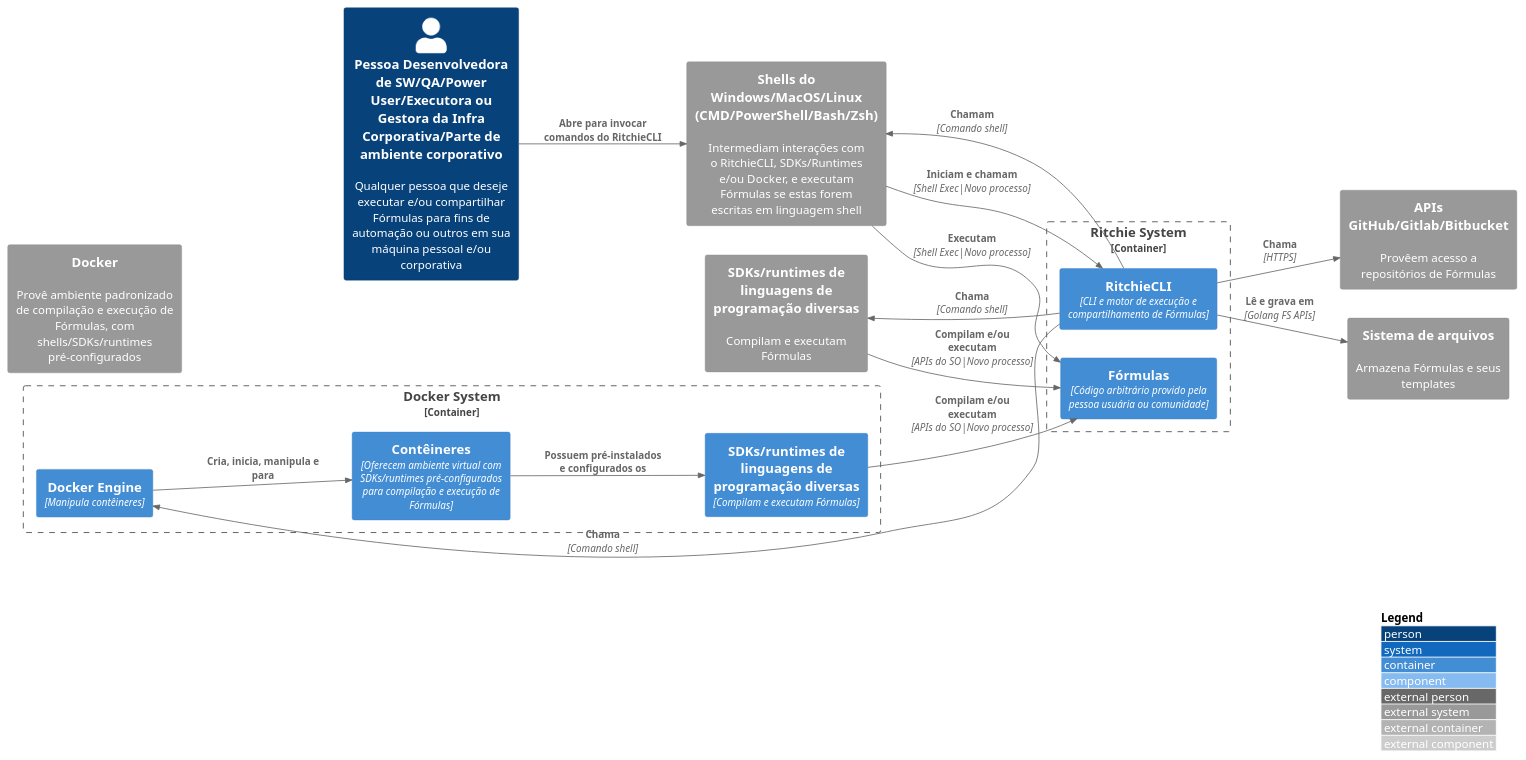
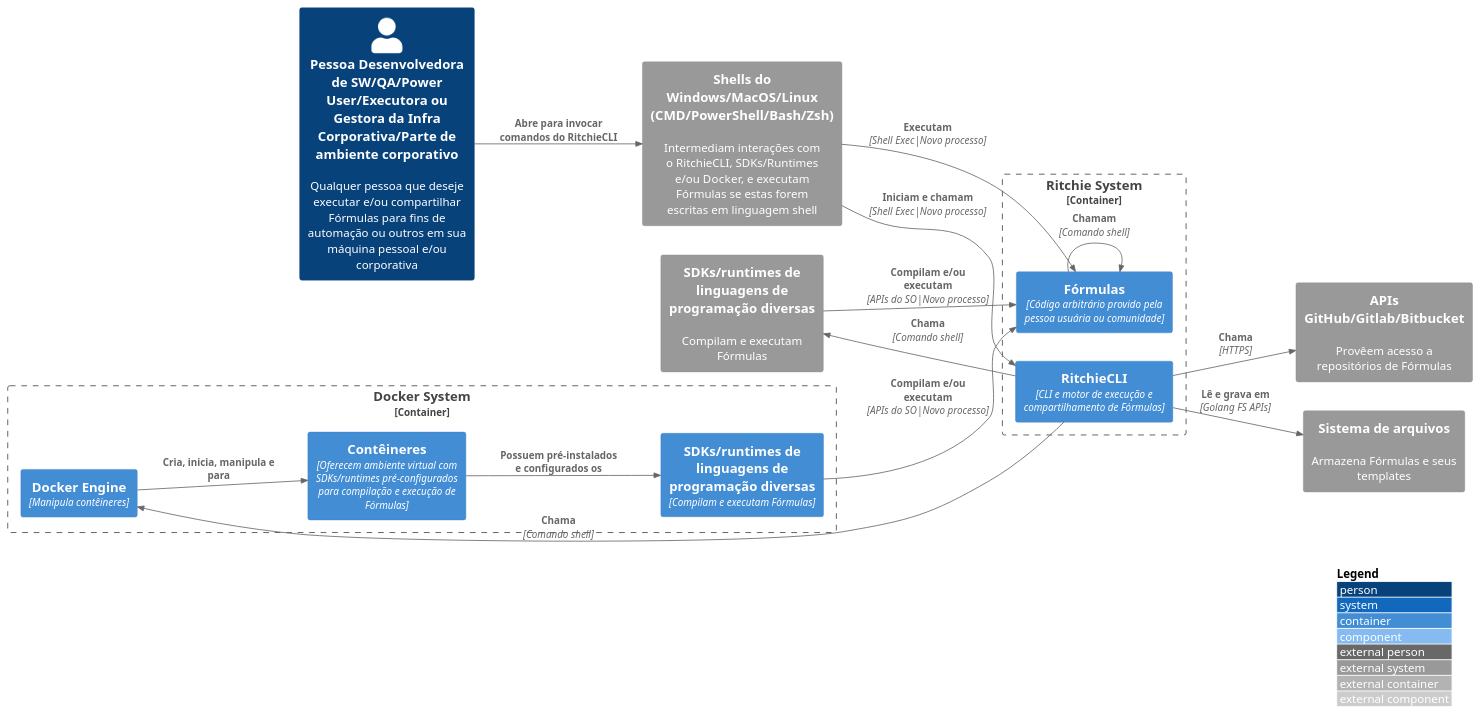
The diagram in pt-br/src/C2-Context/c2.puml (ZupIT/-ritchiecli-c4model), drawn with PlantUML before and after one commit. The commit also changed 10 other files, not shown here.

```diff
--- a/pt-br/src/C2-Context/c2.puml
+++ b/pt-br/src/C2-Context/c2.puml
@@ -1,40 +1,39 @@
 @startuml c2
 !include https://raw.githubusercontent.com/adrianvlupu/C4-PlantUML/latest/C4_Component.puml
 
 LAYOUT_WITH_LEGEND()
 LAYOUT_LEFT_RIGHT()
 
 Person(user, "Pessoa Desenvolvedora de SW/QA/Power User/Executora ou Gestora da Infra Corporativa/Parte de ambiente corporativo", "Qualquer pessoa que deseje executar e/ou compartilhar Fórmulas para fins de automação ou outros em sua máquina pessoal e/ou corporativa")
 
 System_Ext(shells, "Shells do Windows/MacOS/Linux (CMD/PowerShell/Bash/Zsh)", "Intermediam interações com o RitchieCLI, SDKs/Runtimes e/ou Docker, e executam Fórmulas se estas forem escritas em linguagem shell")
 System_Ext(sdks, "SDKs/runtimes de linguagens de programação diversas", "Compilam e executam Fórmulas")
-System_Ext(docker, "Docker", "Provê ambiente padronizado de compilação e execução de Fórmulas, com shells/SDKs/runtimes pré-configurados")
 System_Ext(remote_repos, "APIs GitHub/Gitlab/Bitbucket", "Provêem acesso a repositórios de Fórmulas")
 System_Ext(filesystem, "Sistema de arquivos", "Armazena Fórmulas e seus templates")
 
 Container_Boundary(ritchie_system, "Ritchie System") {
     Container(ritchie_cli, "RitchieCLI", "CLI e motor de execução e compartilhamento de Fórmulas")
     Container(ritchie_formulas, "Fórmulas", "Código arbitrário provido pela pessoa usuária ou comunidade")
 }
 
 Container_Boundary(docker_system, "Docker System") {
     Container(docker_engine, "Docker Engine", "Manipula contêineres")
     Container(docker_containers, "Contêineres", "Oferecem ambiente virtual com SDKs/runtimes pré-configurados para compilação e execução de Fórmulas")
     Container(docker_sdks, "SDKs/runtimes de linguagens de programação diversas", "Compilam e executam Fórmulas")
 
     Rel(docker_engine, docker_containers, "Cria, inicia, manipula e para")
     Rel(docker_containers, docker_sdks, "Possuem pré-instalados e configurados os")
     Rel(docker_sdks, ritchie_formulas, "Compilam e/ou executam", "APIs do SO|Novo processo")
 }
 
 Rel(user, shells, "Abre para invocar comandos do RitchieCLI")
 Rel(shells, ritchie_cli, "Iniciam e chamam", "Shell Exec|Novo processo")
-Rel(ritchie_cli, shells, "Chamam", "Comando shell")
+Rel(ritchie_formulas, ritchie_formulas, "Chamam", "Comando shell")
 Rel(ritchie_cli, sdks, "Chama", "Comando shell")
 Rel(sdks, ritchie_formulas, "Compilam e/ou executam", "APIs do SO|Novo processo")
 Rel(shells, ritchie_formulas, "Executam", "Shell Exec|Novo processo")
 Rel(ritchie_cli, docker_engine, "Chama", "Comando shell")
 Rel(ritchie_cli, remote_repos, "Chama", "HTTPS")
 Rel(ritchie_cli, filesystem, "Lê e grava em", "Golang FS APIs")
 
 @enduml
```
